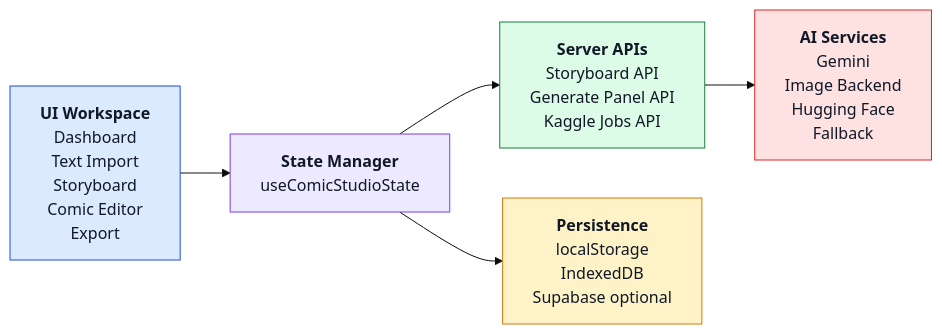
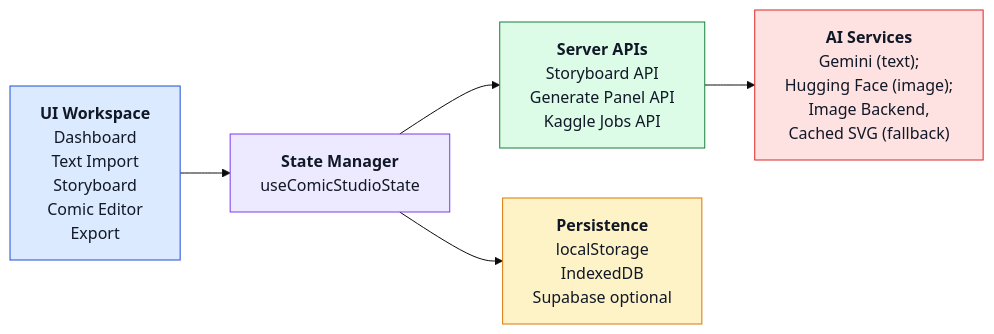
One commit to nguyenhoclaptrinh/text-to-comic-app changed the second of 8 diagrams in docs/070-report/Presentation-v4.md. Above: the diagram before and after it, drawn with Mermaid (base theme). The commit also changed other lines of this file, not shown here.

Commit message:
fix: diagram slide 9

````diff
--- a/docs/070-report/Presentation-v4.md
+++ b/docs/070-report/Presentation-v4.md
@@ -169,25 +169,25 @@
 ```mermaid
 flowchart LR
-    A[<b>UI Workspace</b><br/>Dashboard<br/>Text Import<br/>Storyboard<br/>Comic Editor<br/>Export]
-    B[<b>State Manager</b><br/>useComicStudioState]
-    C[<b>Server APIs</b><br/>Storyboard API<br/>Generate Panel API<br/>Kaggle Jobs API]
-    D[<b>AI Services</b><br/>Gemini<br/>Image Backend<br/>Hugging Face<br/>Fallback]
-    E[<b>Persistence</b><br/>localStorage<br/>IndexedDB<br/>Supabase optional]
+    A["<b>UI Workspace</b><br/>Dashboard<br/>Text Import<br/>Storyboard<br/>Comic Editor<br/>Export"]
+    B["<b>State Manager</b><br/>useComicStudioState"]
+    C["<b>Server APIs</b><br/>Storyboard API<br/>Generate Panel API<br/>Kaggle Jobs API"]
+    D["<b>AI Services</b><br/>Gemini (text);<br/>Hugging Face (image);<br/>Image Backend,<br/>Cached SVG (fallback)"]
+    E["<b>Persistence</b><br/>localStorage<br/>IndexedDB<br/>Supabase optional"]
 
     A --> B
     B --> C
     C --> D
     B --> E
 
     classDef ui fill:#dbeafe,stroke:#1d4ed8,color:#111827;
     classDef state fill:#ede9fe,stroke:#7c3aed,color:#111827;
     classDef api fill:#dcfce7,stroke:#15803d,color:#111827;
     classDef ai fill:#fee2e2,stroke:#dc2626,color:#111827;
     classDef store fill:#fef3c7,stroke:#d97706,color:#111827;
 
     class A ui;
     class B state;
     class C api;
     class D ai;
     class E store
 ```
````
